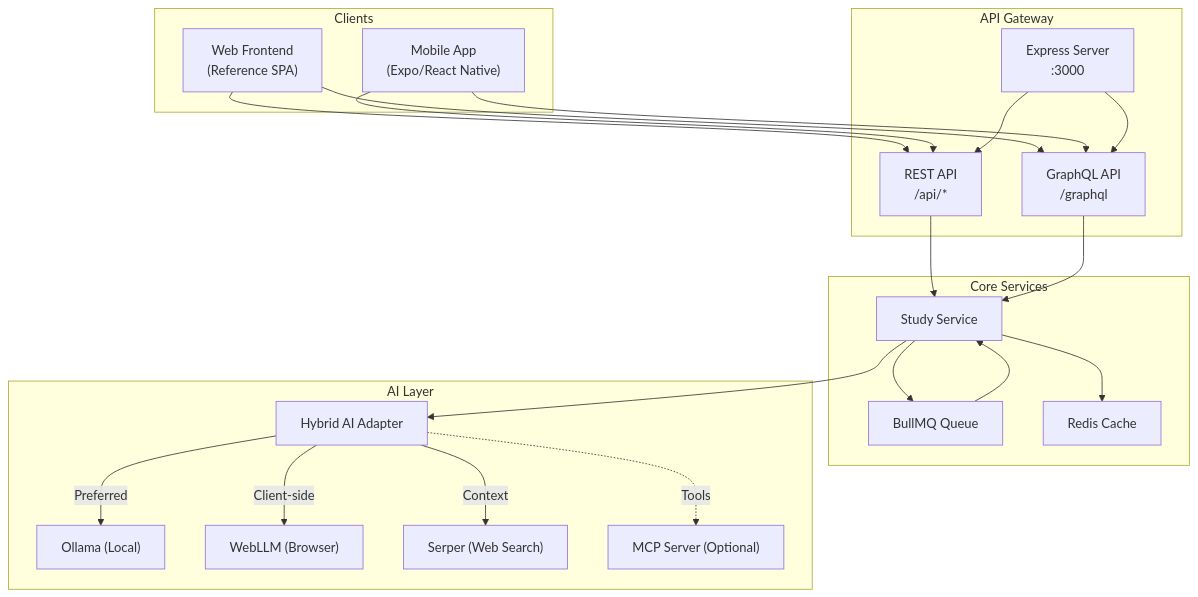
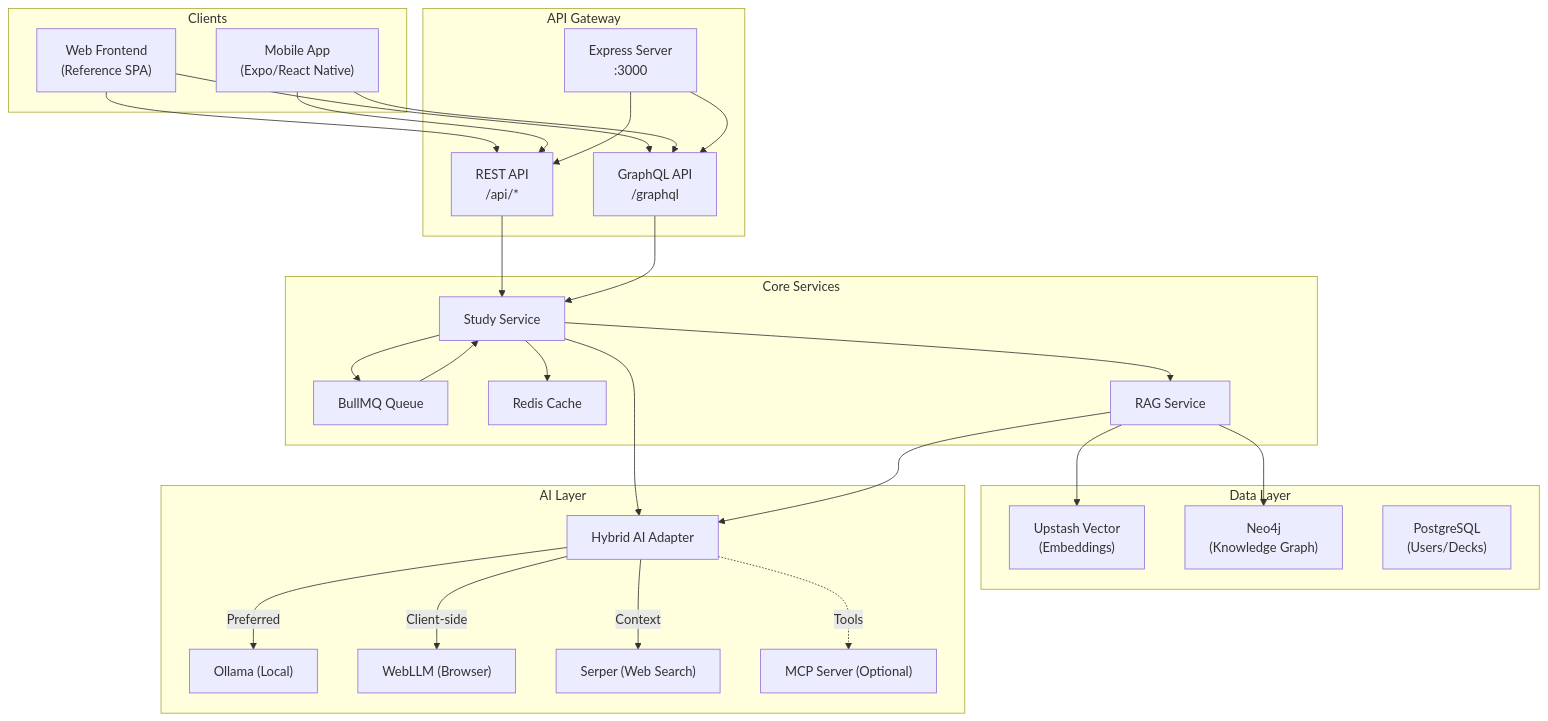
One commit to nileshchakraborty/flash-card-study-helper-ai changed the first of 4 diagrams in README.md. Above: the diagram before and after it, drawn with Mermaid. The commit also changed other lines of this file and 35 other files, not shown here.

Commit message:
feat: Add Retrieval-Augmented Generation (RAG) workflow with Neo4j integration for enhanced flashcard generation.

````diff
--- a/README.md
+++ b/README.md
@@ -16,53 +16,66 @@
 ```mermaid
 graph TB
     subgraph "Clients"
         WEB["Web Frontend<br/>(Reference SPA)"]
         MOBILE["Mobile App<br/>(Expo/React Native)"]
     end
 
     subgraph "API Gateway"
         EXPRESS["Express Server<br/>:3000"]
         GQL["GraphQL API<br/>/graphql"]
         REST["REST API<br/>/api/*"]
     end
 
     subgraph "Core Services"
         STUDY["Study Service"]
         QUEUE["BullMQ Queue"]
         CACHE["Redis Cache"]
+        RAG["RAG Service"]
+    end
+
+    subgraph "Data Layer"
+        VECTOR["Upstash Vector<br/>(Embeddings)"]
+        GRAPH["Neo4j<br/>(Knowledge Graph)"]
+        POSTGRES["PostgreSQL<br/>(Users/Decks)"]
     end
 
     subgraph "AI Layer"
         HYBRID["Hybrid AI Adapter"]
         OLLAMA["Ollama (Local)"]
         WEBLLM["WebLLM (Browser)"]
         SERPER["Serper (Web Search)"]
         MCP["MCP Server (Optional)"]
     end
 
     %% Client Connections
     WEB --> REST
     WEB --> GQL
     MOBILE --> REST
     MOBILE --> GQL
 
     %% API to Services
     EXPRESS --> REST
     EXPRESS --> GQL
     REST --> STUDY
     GQL --> STUDY
 
     %% Service Logic
     STUDY --> QUEUE
     STUDY --> CACHE
     STUDY --> HYBRID
+    STUDY --> RAG
+
+    %% RAG Pipeline
+    RAG --> VECTOR
+    RAG --> GRAPH
+    RAG --> HYBRID
 
     %% AI Routing
     HYBRID -->|Preferred| OLLAMA
     HYBRID -->|Client-side| WEBLLM
     HYBRID -->|Context| SERPER
     HYBRID -.->|Tools| MCP
     
     %% Queue Processing
     QUEUE --> STUDY
 ```
````
